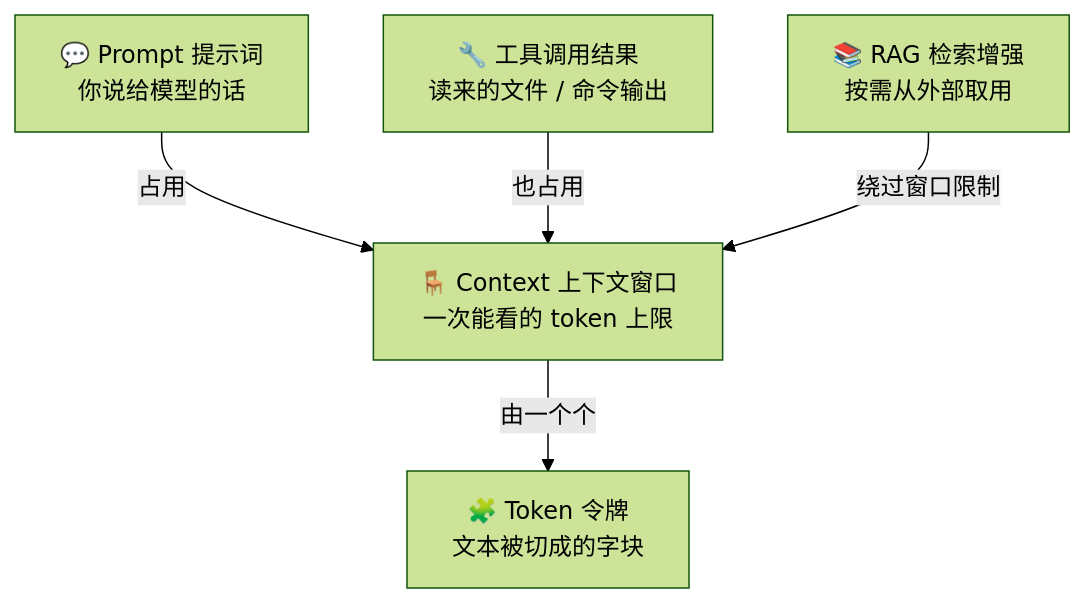
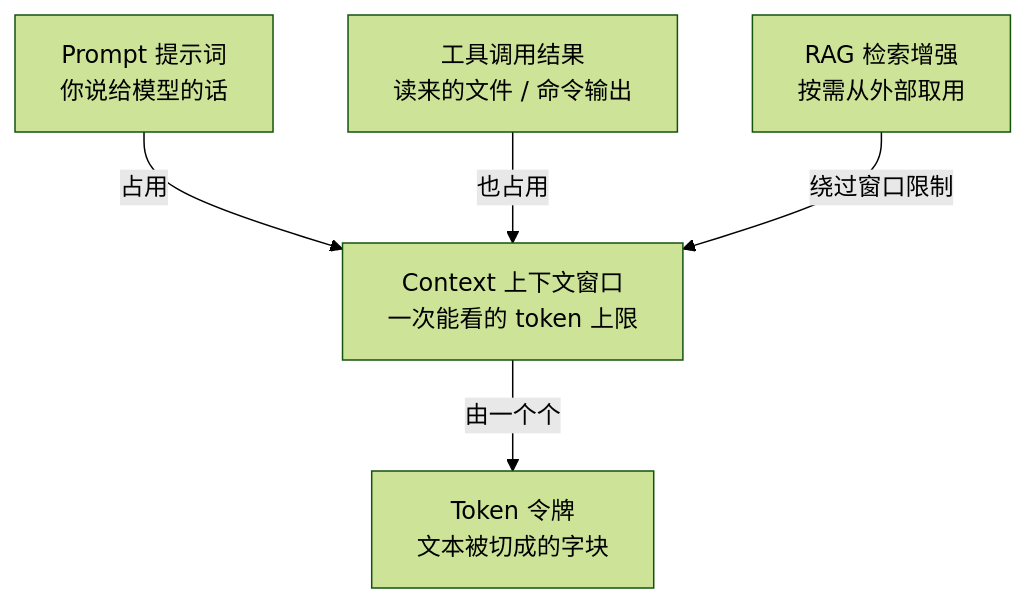
Before and after one commit to luckykhy/KhyAiHub: the sixth of 6 diagrams in docs/02_CONCEPTS_概念入门/CONCEPT/[CONCEPT-08] 什么是Context与Token-上下文与令牌.md, drawn with Mermaid (forest theme). The commit also changed other lines of this file and 19 other files, not shown here.

````diff
--- a/docs/02_CONCEPTS_概念入门/CONCEPT/[CONCEPT-08] 什么是Context与Token-上下文与令牌.md
+++ b/docs/02_CONCEPTS_概念入门/CONCEPT/[CONCEPT-08] 什么是Context与Token-上下文与令牌.md
@@ -266,12 +266,12 @@
 ```mermaid
 flowchart TB
-  TOKEN["🧩 Token 令牌<br/>文本被切成的字块"]
-  CTX["🪑 Context 上下文窗口<br/>一次能看的 token 上限"]
-  PROMPT["💬 Prompt 提示词<br/>你说给模型的话"]
-  TOOL["🔧 工具调用结果<br/>读来的文件 / 命令输出"]
-  RAG["📚 RAG 检索增强<br/>按需从外部取用"]
+  TOKEN["Token 令牌<br/>文本被切成的字块"]
+  CTX["Context 上下文窗口<br/>一次能看的 token 上限"]
+  PROMPT["Prompt 提示词<br/>你说给模型的话"]
+  TOOL["工具调用结果<br/>读来的文件 / 命令输出"]
+  RAG["RAG 检索增强<br/>按需从外部取用"]
   PROMPT -- "占用" --> CTX
   TOOL -- "也占用" --> CTX
   CTX -- "由一个个" --> TOKEN
   RAG -- "绕过窗口限制" --> CTX
 ```
````
